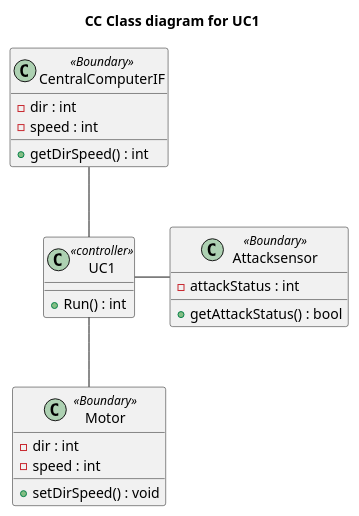
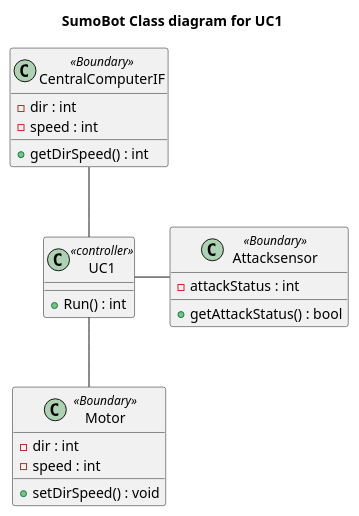
The diagram in Diagrammer/SumoBot/Classdiagram/SumoBot_ClassDiagram.plantuml (Solvgraa-mager/E3PRJ3), drawn with PlantUML before and after one commit.

Commit message:
titel til SumoBot istedet for CC

```diff
--- a/Diagrammer/SumoBot/Classdiagram/SumoBot_ClassDiagram.plantuml
+++ b/Diagrammer/SumoBot/Classdiagram/SumoBot_ClassDiagram.plantuml
@@ -1,29 +1,29 @@
 @startuml
-title CC Class diagram for UC1
+title SumoBot Class diagram for UC1
 
 
 class UC1 <<controller>>{
     +Run() : int
 }
 
 class Attacksensor<<Boundary>>{
     -attackStatus : int
     +getAttackStatus() : bool 
 }
 
 class Motor <<Boundary>>{
     -dir : int
     -speed : int
     +setDirSpeed() : void
 }
 class CentralComputerIF <<Boundary>>{
     -dir : int
     -speed : int
     +getDirSpeed() : int
 }
 
 CentralComputerIF -- UC1
 UC1 -- Motor
 UC1 - Attacksensor
 
 @enduml
```
